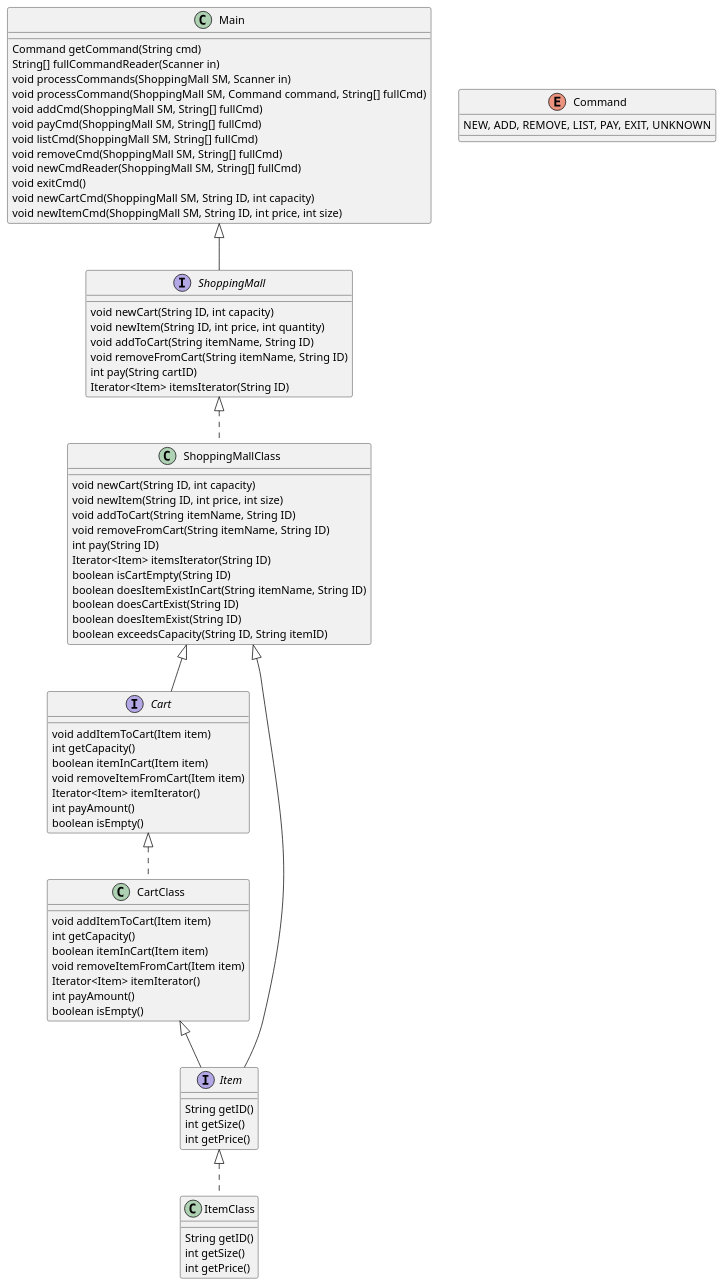
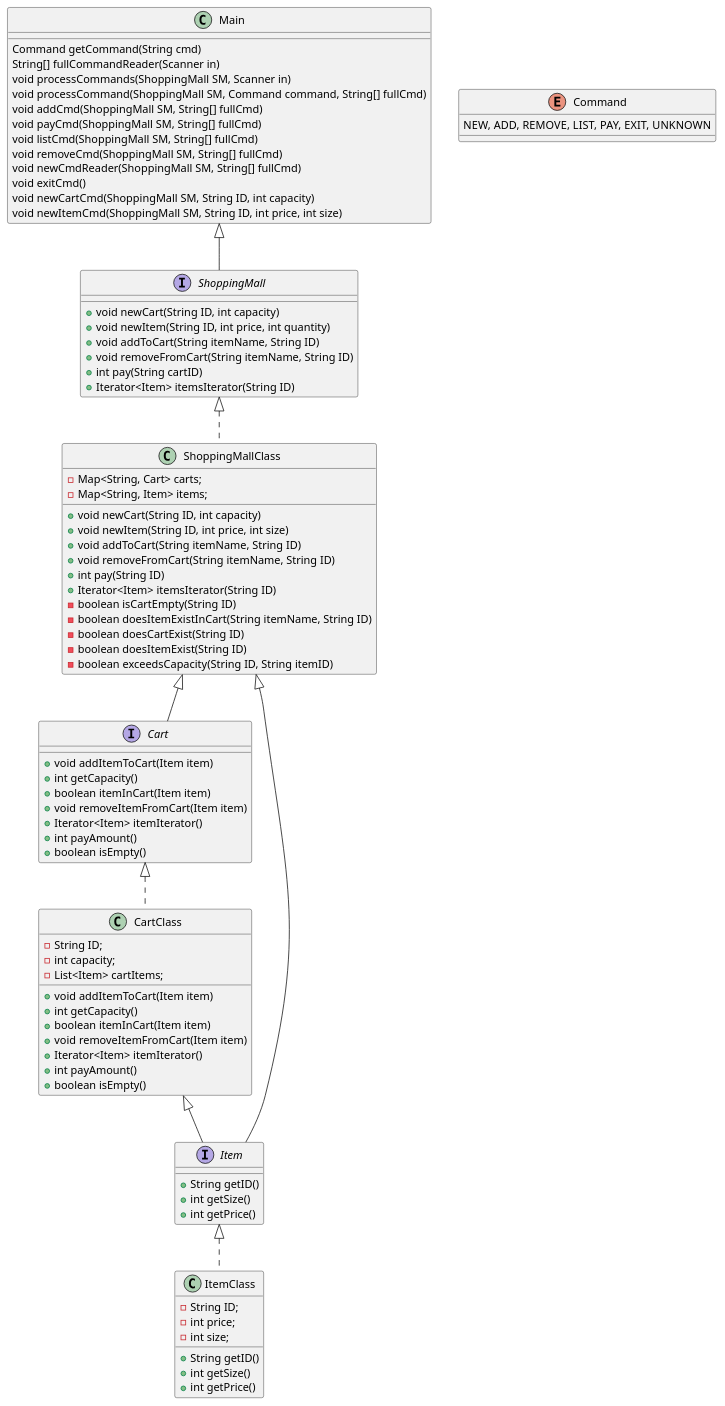
Before and after one commit to Im-MFern/POOgfn: the diagram in src/src/Diagram.puml, drawn with PlantUML.

Commit message:
diagram 2.0

```diff
--- a/src/src/Diagram.puml
+++ b/src/src/Diagram.puml
@@ -1,86 +1,97 @@
 @startuml
 'https://plantuml.com/class-diagram
 
 class CartClass{
-    void addItemToCart(Item item)
-    int getCapacity()
-    boolean itemInCart(Item item)
-    void removeItemFromCart(Item item)
-    Iterator<Item> itemIterator()
-    int payAmount()
-    boolean isEmpty()
+    -String ID;
+    -int capacity;
+    -List<Item> cartItems;
+
+    +void addItemToCart(Item item)
+    +int getCapacity()
+    +boolean itemInCart(Item item)
+    +void removeItemFromCart(Item item)
+    +Iterator<Item> itemIterator()
+    +int payAmount()
+    +boolean isEmpty()
 }
 
 class ItemClass{
-    String getID()
-    int getSize()
-    int getPrice()
+    -String ID;
+    -int price;
+    -int size;
+
+    +String getID()
+    +int getSize()
+    +int getPrice()
 }
 
 class ShoppingMallClass{
-    void newCart(String ID, int capacity)
-    void newItem(String ID, int price, int size)
-    void addToCart(String itemName, String ID)
-    void removeFromCart(String itemName, String ID)
-    int pay(String ID)
-    Iterator<Item> itemsIterator(String ID)
-    boolean isCartEmpty(String ID)
-    boolean doesItemExistInCart(String itemName, String ID)
-    boolean doesCartExist(String ID)
-    boolean doesItemExist(String ID)
-    boolean exceedsCapacity(String ID, String itemID)
+    -Map<String, Cart> carts;
+    -Map<String, Item> items;
+
+    +void newCart(String ID, int capacity)
+    +void newItem(String ID, int price, int size)
+    +void addToCart(String itemName, String ID)
+    +void removeFromCart(String itemName, String ID)
+    +int pay(String ID)
+    +Iterator<Item> itemsIterator(String ID)
+    -boolean isCartEmpty(String ID)
+    -boolean doesItemExistInCart(String itemName, String ID)
+    -boolean doesCartExist(String ID)
+    -boolean doesItemExist(String ID)
+    -boolean exceedsCapacity(String ID, String itemID)
 }
 
 class Main{
     Command getCommand(String cmd)
     String[] fullCommandReader(Scanner in)
     void processCommands(ShoppingMall SM, Scanner in)
     void processCommand(ShoppingMall SM, Command command, String[] fullCmd)
     void addCmd(ShoppingMall SM, String[] fullCmd)
     void payCmd(ShoppingMall SM, String[] fullCmd)
     void listCmd(ShoppingMall SM, String[] fullCmd)
     void removeCmd(ShoppingMall SM, String[] fullCmd)
     void newCmdReader(ShoppingMall SM, String[] fullCmd)
     void exitCmd()
     void newCartCmd(ShoppingMall SM, String ID, int capacity)
     void newItemCmd(ShoppingMall SM, String ID, int price, int size)
 }
 
 interface Cart{
-    void addItemToCart(Item item)
-    int getCapacity()
-    boolean itemInCart(Item item)
-    void removeItemFromCart(Item item)
-    Iterator<Item> itemIterator()
-    int payAmount()
-    boolean isEmpty()
+    +void addItemToCart(Item item)
+    +int getCapacity()
+    +boolean itemInCart(Item item)
+    +void removeItemFromCart(Item item)
+    +Iterator<Item> itemIterator()
+    +int payAmount()
+    +boolean isEmpty()
 }
 
 interface Item{
-    String getID()
-    int getSize()
-    int getPrice()
+    +String getID()
+    +int getSize()
+    +int getPrice()
 }
 
 interface ShoppingMall{
-    void newCart(String ID, int capacity)
-    void newItem(String ID, int price, int quantity)
-    void addToCart(String itemName, String ID)
-    void removeFromCart(String itemName, String ID)
-    int pay(String cartID)
-    Iterator<Item> itemsIterator(String ID)
+    +void newCart(String ID, int capacity)
+  +  void newItem(String ID, int price, int quantity)
+  +  void addToCart(String itemName, String ID)
+  +  void removeFromCart(String itemName, String ID)
+  +  int pay(String cartID)
+ +   Iterator<Item> itemsIterator(String ID)
 }
 
 enum Command{
     NEW, ADD, REMOVE, LIST, PAY, EXIT, UNKNOWN
 }
 
 Main <|-- ShoppingMall
 ShoppingMall <|.- ShoppingMallClass
 ShoppingMallClass <|-- Cart
 Cart <|.- CartClass
 CartClass <|-- Item
 Item <|.- ItemClass
 ShoppingMallClass <|-- Item
 
 @enduml
```
